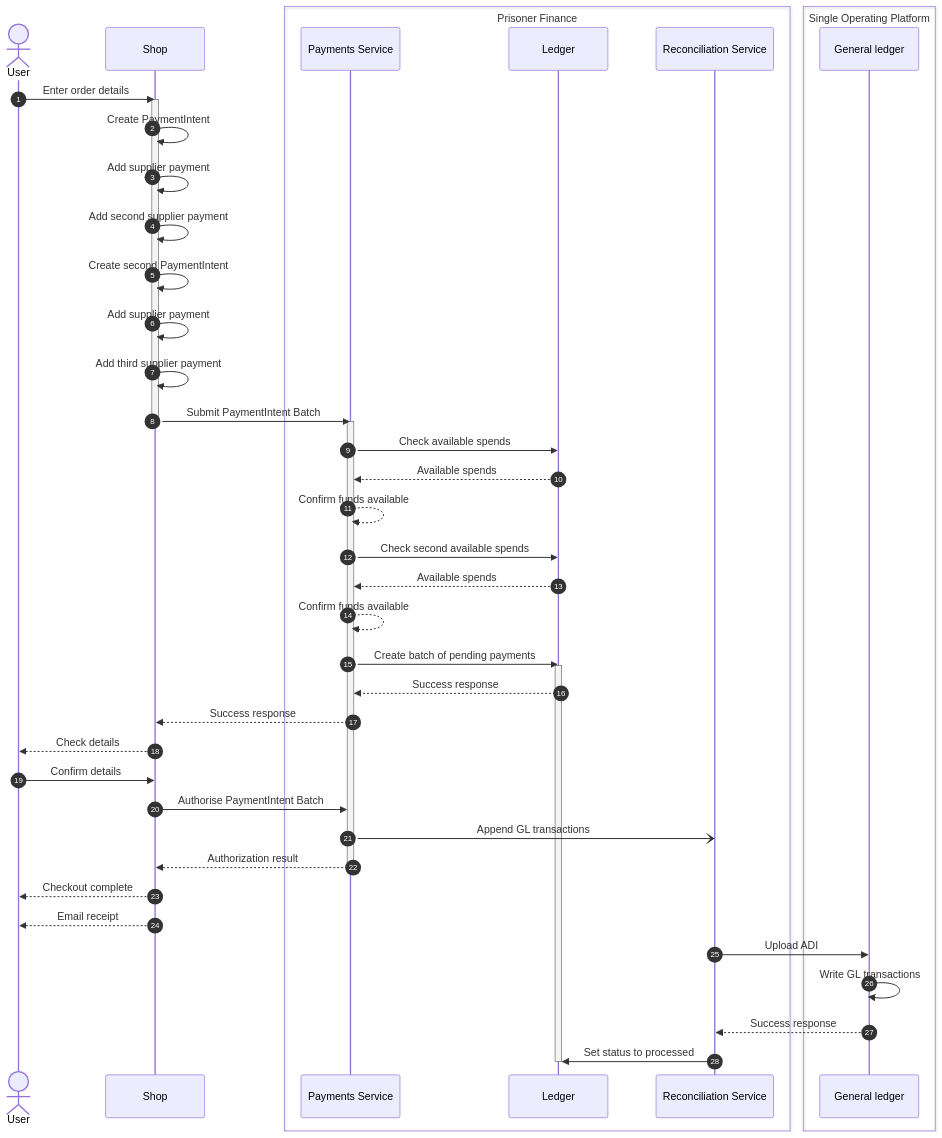
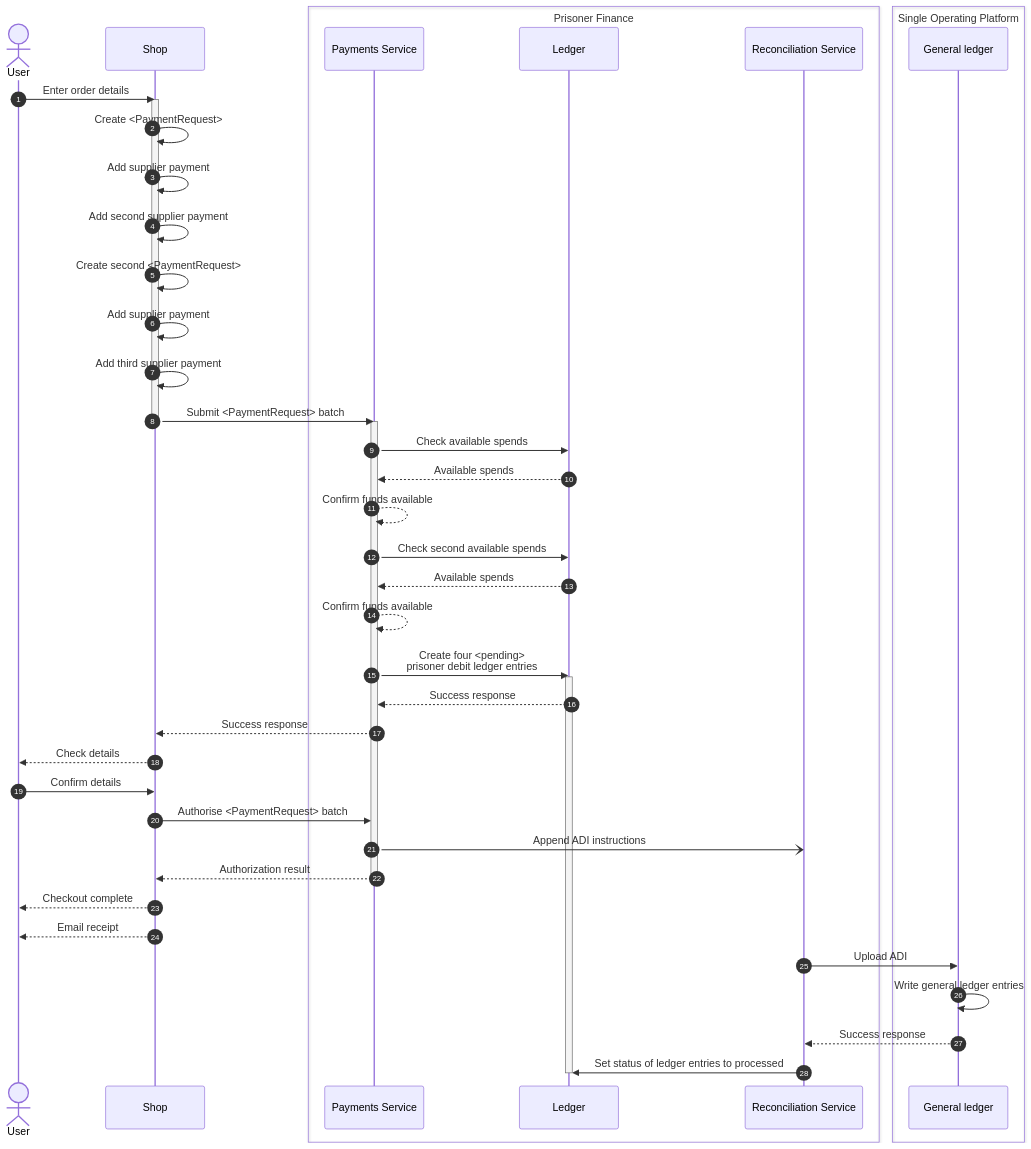
One commit to ministryofjustice/hmpps-prisoner-finance-poc-api changed the eighth of 8 diagrams in docs/processes-purchasing.md. Above: the diagram before and after it, drawn with Mermaid. The commit also changed other lines of this file, not shown here.

````diff
--- a/docs/processes-purchasing.md
+++ b/docs/processes-purchasing.md
@@ -347,50 +347,50 @@
 ```mermaid
 sequenceDiagram
   actor USER as User
   participant SHOP as Shop
   box Prisoner Finance
   participant API as Payments Service
   participant LEDGER as Ledger
   participant ADI as Reconciliation Service
   end
   box Single Operating Platform
   participant SOP as General ledger
   end
 
   autonumber
 
   USER ->> SHOP: Enter order details
   activate SHOP
-  SHOP ->> SHOP: Create PaymentIntent
+  SHOP ->> SHOP: Create <PaymentRequest>
   SHOP ->> SHOP: Add supplier payment
   SHOP ->> SHOP: Add second supplier payment
-  SHOP ->> SHOP: Create second PaymentIntent
+  SHOP ->> SHOP: Create second <PaymentRequest>
   SHOP ->> SHOP: Add supplier payment
   SHOP ->> SHOP: Add third supplier payment
-  SHOP ->> API: Submit PaymentIntent Batch
+  SHOP ->> API: Submit <PaymentRequest> batch
   deactivate SHOP
   activate API
   API ->> LEDGER: Check available spends
   LEDGER -->> API: Available spends
   API -->> API: Confirm funds available
   API ->> LEDGER: Check second available spends
   LEDGER -->> API: Available spends
   API -->> API: Confirm funds available
-  API ->> LEDGER: Create batch of pending payments
+  API ->> LEDGER: Create four <pending><br/>prisoner debit ledger entries
   activate LEDGER
   LEDGER -->> API: Success response
   API -->> SHOP: Success response
   SHOP -->> USER: Check details
   USER ->> SHOP: Confirm details
-  SHOP ->> API: Authorise PaymentIntent Batch
-  API -) ADI: Append GL transactions
+  SHOP ->> API: Authorise <PaymentRequest> batch
+  API -) ADI: Append ADI instructions
   API -->> SHOP: Authorization result
   deactivate API
   SHOP -->> USER: Checkout complete
   SHOP -->> USER: Email receipt
   ADI ->> SOP: Upload ADI
-  SOP ->> SOP: Write GL transactions
+  SOP ->> SOP: Write general ledger entries
   SOP -->> ADI: Success response
-  ADI ->> LEDGER: Set status to processed
+  ADI ->> LEDGER: Set status of ledger entries to processed
   deactivate LEDGER
 ```
````
